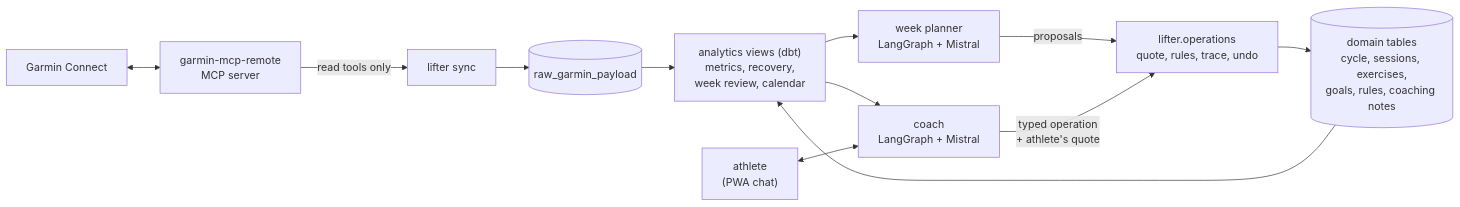
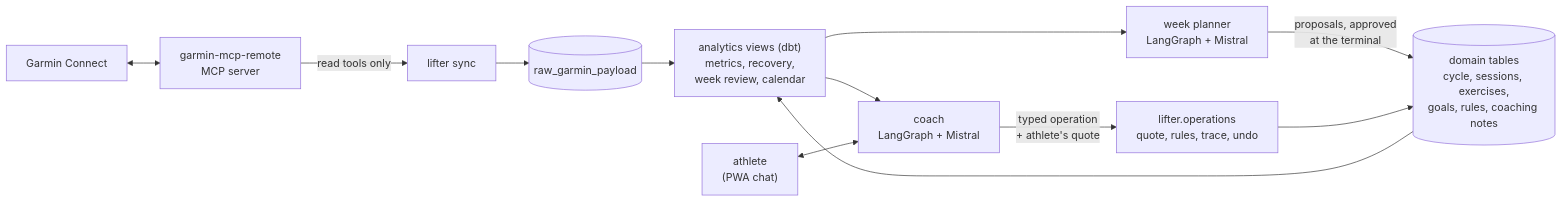
One commit to gabrielkpo/lifter changed the first of 2 diagrams in README.md. Above: the diagram before and after it, drawn with Mermaid. The commit also changed other lines of this file and 2 other files, not shown here.

Commit message:
docs: the planner runs from the command line, its proposals skip the operations, the coach's changes are the quoted ones

````diff
--- a/README.md
+++ b/README.md
@@ -26,14 +27,14 @@
 ```mermaid
 flowchart LR
     G["Garmin Connect"] <--> M["garmin-mcp-remote<br/>MCP server"]
     M -->|read tools only| S["lifter sync"]
     S --> R[("raw_garmin_payload")]
     R --> V["analytics views (dbt)<br/>metrics, recovery,<br/>week review, calendar"]
     D[("domain tables<br/>cycle, sessions, exercises,<br/>goals, rules, coaching notes")] --> V
     V --> P["week planner<br/>LangGraph + Mistral"]
     V --> C["coach<br/>LangGraph + Mistral"]
     U["athlete<br/>(PWA chat)"] <--> C
-    P -->|proposals| X
+    P -->|proposals, approved<br/>at the terminal| D
     C -->|typed operation<br/>+ athlete's quote| X["lifter.operations<br/>quote, rules, trace, undo"]
     X --> D
 ```
````
